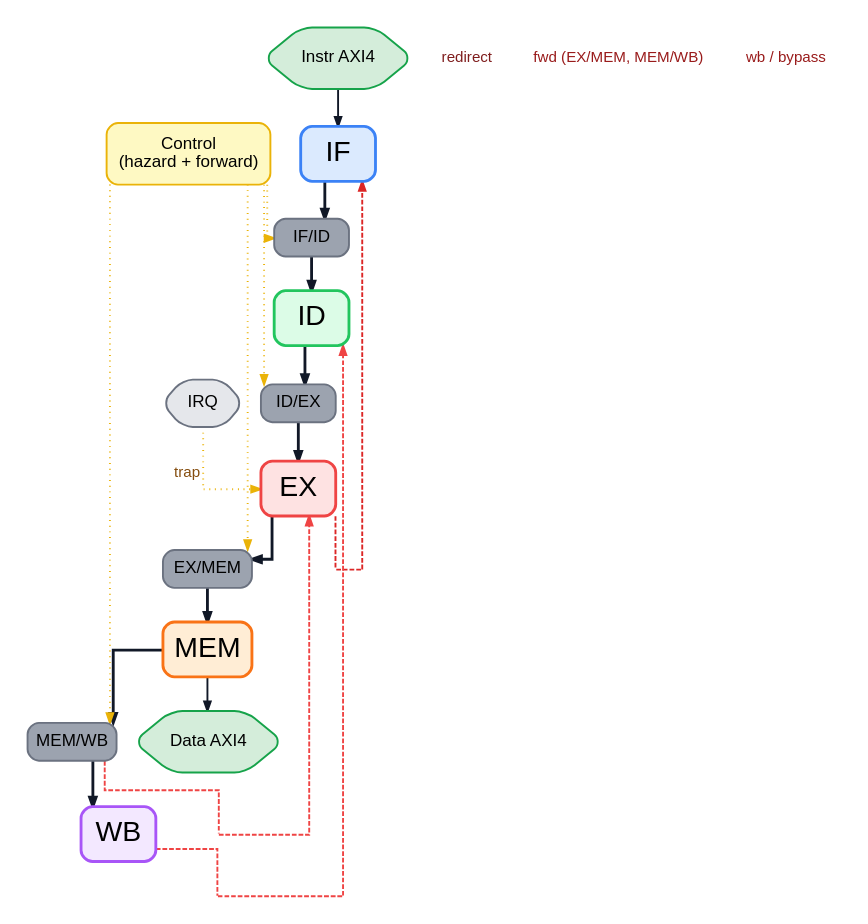
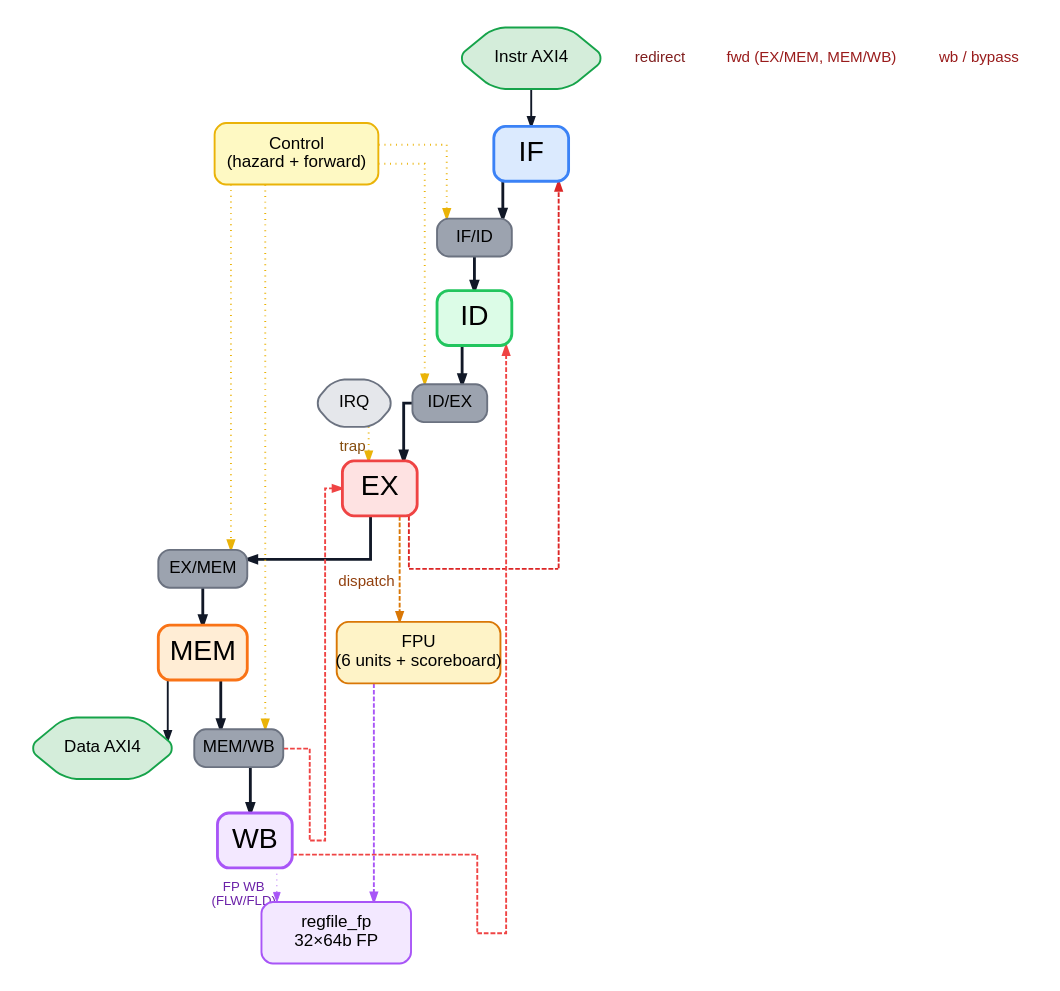
Before and after one commit to vladdum/kronos-riscv: the diagram in docs/diagrams/src/top-level.dot, drawn with Graphviz. The commit also changed 16 other files, not shown here.

First line of the commit message:
docs: rework pipeline diagrams and extend architecture.md to Stage 5b

```diff
--- a/docs/diagrams/src/top-level.dot
+++ b/docs/diagrams/src/top-level.dot
@@ -1,145 +1,159 @@
 digraph top_level {
   // ────────────────────────────────────────────────────────────────
   // Top-level Kronos pipeline block diagram.
   //
   // Layout: neato -n2 (pinned positions, orthogonal edge routing).
   // `pos` is in POINTS (72/inch); `width`/`height` are in INCHES.
   //
   // Layout plan (y grows up in DOT):
   //   y=460..500  three red-lane waypoints, stacked with ~35pt gaps
   //   y=288       pipeline row (IF, IF/ID, ID, ..., WB)
   //   y=180       IRQ (under EX), Data AXI4 (under MEM), Instr AXI4
   //   y=90        Control (hazard + forward)
   //
   //   x=50        boot_addr / Instr AXI4 / IF column start
   //   Pipeline stages at ~108pt (1.5") apart horizontally.
   // ────────────────────────────────────────────────────────────────
   graph [
     splines  = ortho,
     pad      = 0.3,
     fontname = "Helvetica",
     outputorder = edgesfirst,
   ];
 
   node [
     shape     = box,
     style     = "filled,rounded",
     fontname  = "Helvetica",
     fontsize  = 22,
     penwidth  = 2,
   ];
 
   edge [
     fontname = "Helvetica",
     fontsize = 16,
     penwidth = 2,
     color    = "#111827",
   ];
 
   // ────────────────────────────────────────────────────────────────
   // Pipeline row (y = 288 pt ≈ 4 in)
   // Pipeline x (pt): 240, 360, 480, 600, 720, 850, 980, 1110, 1230
   // (shifted right +60 to leave room for enlarged boot_addr_i)
   // ────────────────────────────────────────────────────────────────
   IF     [pos="240,288!",  label="IF",     fillcolor="#dbeafe", color="#3b82f6", penwidth=3, fontsize=30, width=1.1, height=0.8, fixedsize=true];
   if_id  [pos="360,288!",  label="IF/ID",  fillcolor="#9ca3af", color="#6b7280", fontsize=18, width=1.1, height=0.55, fixedsize=true];
   ID     [pos="480,288!",  label="ID",     fillcolor="#dcfce7", color="#22c55e", penwidth=3, fontsize=30, width=1.1, height=0.8, fixedsize=true];
   id_ex  [pos="600,288!",  label="ID/EX",  fillcolor="#9ca3af", color="#6b7280", fontsize=18, width=1.1, height=0.55, fixedsize=true];
   EX     [pos="720,288!",  label="EX",     fillcolor="#fee2e2", color="#ef4444", penwidth=3, fontsize=30, width=1.1, height=0.8, fixedsize=true];
   ex_mem [pos="850,288!",  label="EX/MEM", fillcolor="#9ca3af", color="#6b7280", fontsize=18, width=1.3, height=0.55, fixedsize=true];
   MEM    [pos="980,288!",  label="MEM",    fillcolor="#ffedd5", color="#f97316", penwidth=3, fontsize=30, width=1.3, height=0.8, fixedsize=true];
   mem_wb [pos="1110,288!", label="MEM/WB", fillcolor="#9ca3af", color="#6b7280", fontsize=18, width=1.3, height=0.55, fixedsize=true];
   WB     [pos="1230,288!", label="WB",     fillcolor="#f3e8ff", color="#a855f7", penwidth=3, fontsize=30, width=1.1, height=0.8, fixedsize=true];
 
   // ────────────────────────────────────────────────────────────────
   // Red-lane waypoints — each directly ABOVE its source node.
   //   • wp_redirect above EX     (redirect path exits EX straight up)
   //   • wp_fwd      above mem_wb (forwarding exits mem_wb straight up)
   //   • wp_bypass   above WB     (bypass exits WB straight up)
   //
   // Distinct y values give three separated horizontal lanes. Keeping
   // each waypoint at the source's x prevents the ortho router from
   // overshooting the target and producing a "loop".
   // ────────────────────────────────────────────────────────────────
   wp_redirect [pos="720,400!",  style=invis, label="", shape=point, width=0.01, height=0.01];  // above EX
   wp_fwd      [pos="1110,440!", style=invis, label="", shape=point, width=0.01, height=0.01];  // above mem_wb
   wp_bypass   [pos="1230,480!", style=invis, label="", shape=point, width=0.01, height=0.01];  // above WB
 
   // ────────────────────────────────────────────────────────────────
   // Red-edge labels — pinned as plaintext nodes so their position is
   // deterministic. `fwd` sits at the midpoint of fwd arrow's horizontal
   // segment; `redirect` sits at the SAME y as `fwd` (same vertical
   // level) but centered on redirect's horizontal x-range. `bypass`
   // sits centered on its own horizontal.
   //   fwd horizontal: x ∈ [674, 1044]  → midpoint x = 859
   //   redirect horizontal: x ∈ [174, 654] → midpoint x = 414
   //   bypass horizontal: x ∈ [414, 1164] → midpoint x = 789
   // ────────────────────────────────────────────────────────────────
   // Note: neato applies a ~19pt x-offset to rendered plaintext labels
   // vs their pinned pos; compensate by subtracting 19 from target x.
   //   redirect horizontal: IF(240)..EX(720) → mid=480 → pin x=461
   //   fwd horizontal:      EX(720)..mem_wb(1110) → mid=915 → pin x=896
   //   bypass horizontal:   ID(480)..WB(1230) → mid=855 → pin x=836
   //
   // Each label pinned 20 DOT units ABOVE its arrow's horizontal lane
   // (arrow lanes at y=400/440/480 → labels at y=420/460/500).
   lbl_redirect [pos="461,420!", label="redirect", style="",
                 shape=plaintext, fontcolor="#7f1d1d", fontsize=16];
   lbl_fwd      [pos="896,460!", label="fwd (EX/MEM, MEM/WB)", style="",
                 shape=plaintext, fontcolor="#991b1b", fontsize=16];
   lbl_bypass   [pos="836,500!", label="wb / bypass", style="",
                 shape=plaintext, fontcolor="#991b1b", fontsize=16];
 
   // ────────────────────────────────────────────────────────────────
   // External I/O: Instr AXI4 LEFT of IF, IRQ below EX,
   // Data AXI4 below MEM, Control below ID/EX.
   // (boot_addr_i is a compile-time constant, not a diagram node.)
   // ────────────────────────────────────────────────────────────────
   instr_axi [pos="60,288!",   label="Instr AXI4",  shape=hexagon, fillcolor="#d4edda", color="#16a34a", fontsize=18, width=2.2, height=0.9, fixedsize=true];
   irq       [pos="720,180!",  label="IRQ",         shape=hexagon, fillcolor="#e5e7eb", color="#6b7280", fontsize=18, width=1.2, height=0.7, fixedsize=true];
   data_axi  [pos="980,180!",  label="Data AXI4",   shape=hexagon, fillcolor="#d4edda", color="#16a34a", fontsize=18, width=2.2, height=0.9, fixedsize=true];
   ctrl      [pos="600,90!",   label="Control\n(hazard + forward)",
              fillcolor="#fef9c3", color="#eab308", fontsize=18, width=2.4, height=0.9, fixedsize=true];
+  fpu       [pos="940,0!",    label="FPU\n(6 units + scoreboard)",
+             fillcolor="#fef3c7", color="#d97706", fontsize=18, width=2.4, height=0.9, fixedsize=true];
+  regfile_fp [pos="1230,0!",  label="regfile_fp\n32×64b FP",
+             fillcolor="#f3e8ff", color="#a855f7", fontsize=18, width=2.2, height=0.9, fixedsize=true];
 
   // ────────────────────────────────────────────────────────────────
   // Datapath edges (solid black)
   // ────────────────────────────────────────────────────────────────
   IF    -> if_id  [color="#111827", penwidth=3];
   if_id -> ID     [color="#111827", penwidth=3];
   ID    -> id_ex  [color="#111827", penwidth=3];
   id_ex -> EX     [color="#111827", penwidth=3];
   EX    -> ex_mem [color="#111827", penwidth=3];
   ex_mem-> MEM    [color="#111827", penwidth=3];
   MEM   -> mem_wb [color="#111827", penwidth=3];
   mem_wb-> WB     [color="#111827", penwidth=3];
 
   instr_axi -> IF       [color="#111827", penwidth=2];
   MEM       -> data_axi [color="#111827", penwidth=2];
 
   // ────────────────────────────────────────────────────────────────
   // Red feedback edges — each via its own waypoint (distinct lane)
   // ────────────────────────────────────────────────────────────────
 
   // Branch redirect (EX -> wp_redirect -> IF) — lowest lane
   // Labels are rendered as separate plaintext nodes (lbl_redirect etc.)
   EX          -> wp_redirect [color="#dc2626", style=dashed, penwidth=2, arrowhead=none];
   wp_redirect -> IF          [color="#dc2626", style=dashed, penwidth=2];
 
   // Consolidated forwarding (mem_wb -> wp_fwd -> EX) — middle lane
   mem_wb -> wp_fwd [color="#ef4444", style=dashed, penwidth=2, arrowhead=none];
   wp_fwd -> EX     [color="#ef4444", style=dashed, penwidth=2];
 
   // Writeback bypass (WB -> wp_bypass -> ID) — top lane
   WB        -> wp_bypass [color="#ef4444", style=dashed, penwidth=2, arrowhead=none];
   wp_bypass -> ID        [color="#ef4444", style=dashed, penwidth=2];
 
   // IRQ trap — up from below EX
   irq -> EX [xlabel="trap",
              color="#eab308", style=dotted, penwidth=2, fontcolor="#854d0e"];
 
   // Control plane → pipeline registers
   ctrl -> if_id  [color="#eab308", style=dotted, penwidth=2];
   ctrl -> id_ex  [color="#eab308", style=dotted, penwidth=2];
   ctrl -> ex_mem [color="#eab308", style=dotted, penwidth=2];
   ctrl -> mem_wb [color="#eab308", style=dotted, penwidth=2];
+
+  // Waypoint routes EX→FPU downward first (x=800 is right of irq/EX, y=220 is below EX row),
+  // so the horizontal segment runs at y=220 instead of y=288, avoiding the ctrl→ex_mem arrowhead.
+  wp_fpu_dispatch [pos="800,220!", style=invis, label="", shape=point, width=0.01, height=0.01];
+
+  // FPU dispatch (EX → FPU) and FP writeback (FPU → regfile_fp)
+  EX             -> wp_fpu_dispatch [color="#d97706", style=dashed, penwidth=2, arrowhead=none];
+  wp_fpu_dispatch -> fpu            [xlabel="dispatch", color="#d97706", style=dashed, penwidth=2, fontcolor="#92400e"];
+  fpu        -> regfile_fp [color="#a855f7", style=dashed, penwidth=2];
+  WB         -> regfile_fp [xlabel="FP WB\n(FLW/FLD)", color="#a855f7", style=dotted, penwidth=1, fontsize=14, fontcolor="#6b21a8"];
 }
```
